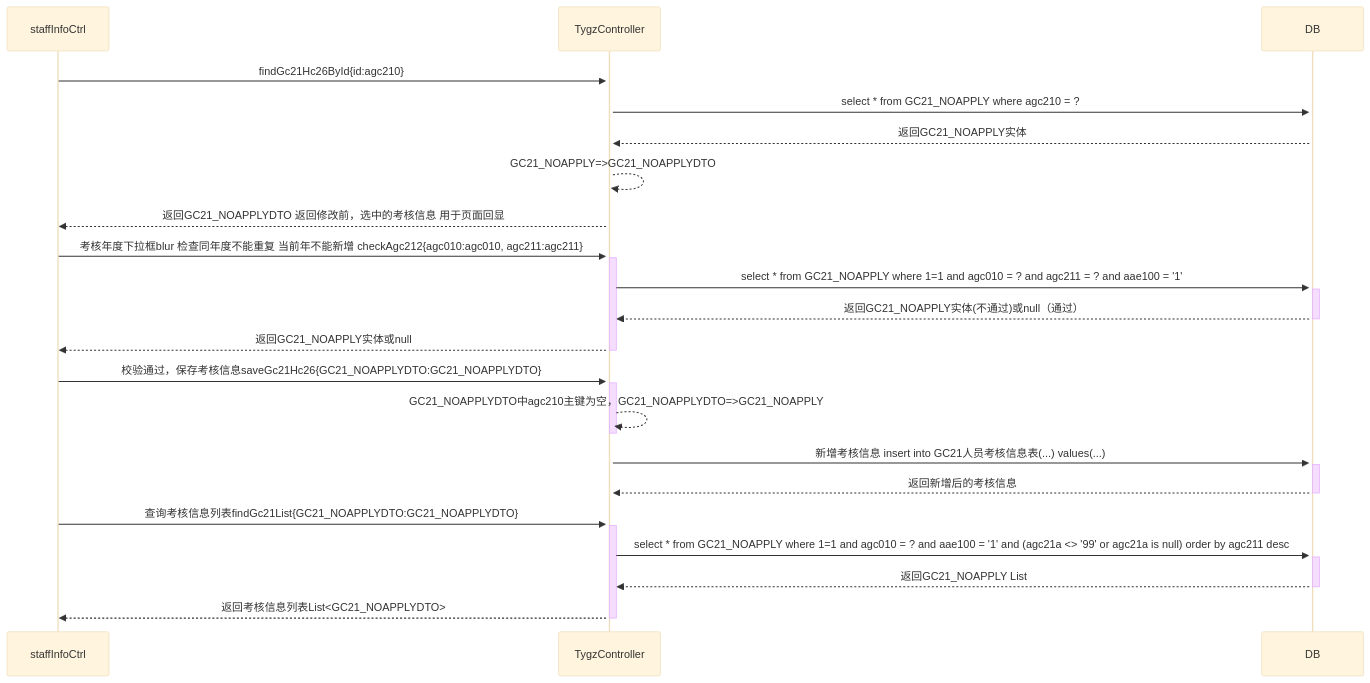
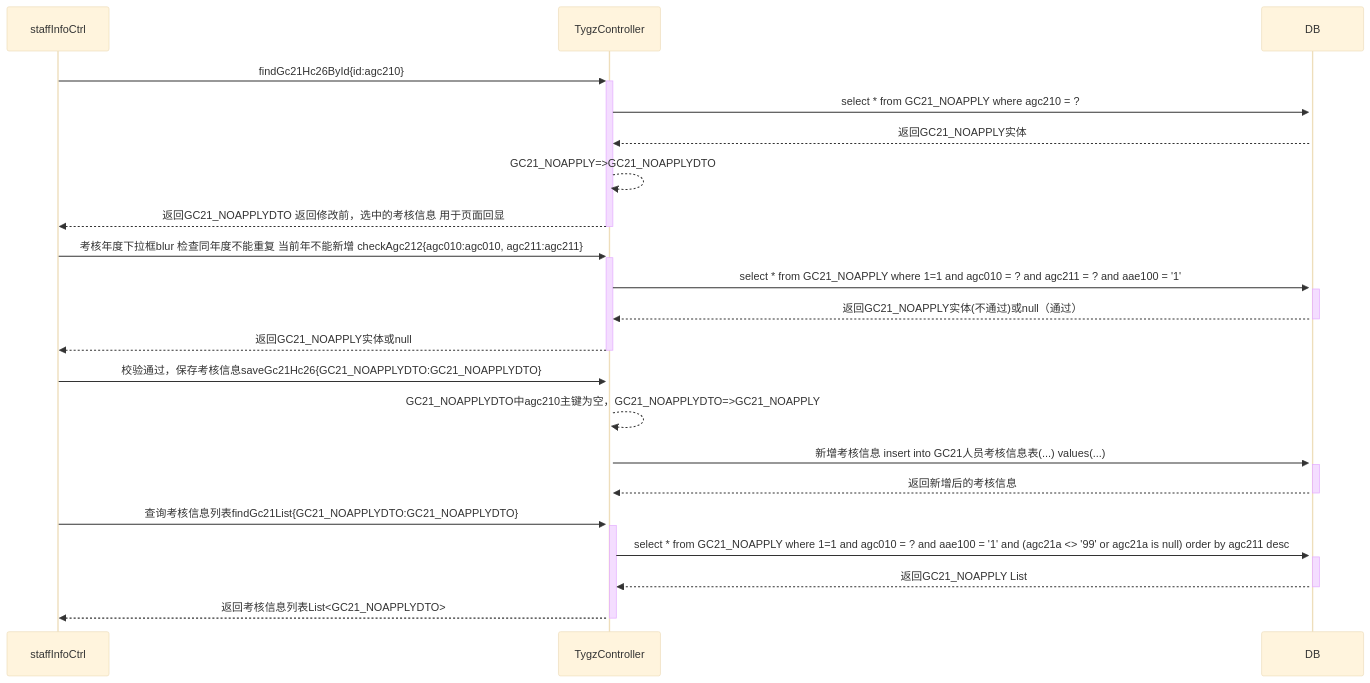
Before and after one commit to ZhangJianBeiJing/iodraw-files: the diagram in all/人员考核信息修改按钮的调用业务流程.md, drawn with Mermaid (base theme).

Commit message:
2025-03-26 10:02:04 update

````diff
--- a/all/人员考核信息修改按钮的调用业务流程.md
+++ b/all/人员考核信息修改按钮的调用业务流程.md
@@ -1,23 +1,23 @@
 ```mermaid
 sequenceDiagram
 
     staffInfoCtrl->>+TygzController:findGc21Hc26ById{id:agc210}
     TygzController->>+DB:select * from GC21_NOAPPLY where agc210 = ?
     DB-->>TygzController:返回GC21_NOAPPLY实体
     TygzController-->>TygzController:GC21_NOAPPLY=>GC21_NOAPPLYDTO
-    TygzController-->>staffInfoCtrl:返回GC21_NOAPPLYDTO 返回修改前，选中的考核信息 用于页面回显
+    TygzController-->>-staffInfoCtrl:返回GC21_NOAPPLYDTO 返回修改前，选中的考核信息 用于页面回显
     
     staffInfoCtrl->>+TygzController:考核年度下拉框blur 检查同年度不能重复 当前年不能新增 checkAgc212{agc010:agc010, agc211:agc211}
     TygzController->>+DB:select * from GC21_NOAPPLY where 1=1 and agc010 = ? and agc211 = ? and aae100 = '1'
     DB-->>-TygzController:返回GC21_NOAPPLY实体(不通过)或null（通过）
     TygzController-->>-staffInfoCtrl:返回GC21_NOAPPLY实体或null
 
     staffInfoCtrl->>+TygzController:校验通过，保存考核信息saveGc21Hc26{GC21_NOAPPLYDTO:GC21_NOAPPLYDTO}
-    TygzController-->>-TygzController:GC21_NOAPPLYDTO中agc210主键为空，GC21_NOAPPLYDTO=>GC21_NOAPPLY
+    TygzController-->>TygzController:GC21_NOAPPLYDTO中agc210主键为空，GC21_NOAPPLYDTO=>GC21_NOAPPLY
     TygzController->>+DB:新增考核信息 insert into GC21人员考核信息表(...) values(...)
     DB-->>-TygzController:返回新增后的考核信息
     staffInfoCtrl->>+TygzController:查询考核信息列表findGc21List{GC21_NOAPPLYDTO:GC21_NOAPPLYDTO}
     TygzController->>+DB:select * from GC21_NOAPPLY where 1=1 and agc010 = ? and aae100 = '1' and (agc21a <> '99' or agc21a is null) order by agc211 desc
     DB-->>-TygzController:返回GC21_NOAPPLY List
     TygzController-->>-staffInfoCtrl:返回考核信息列表List<GC21_NOAPPLYDTO>
 ```
````
